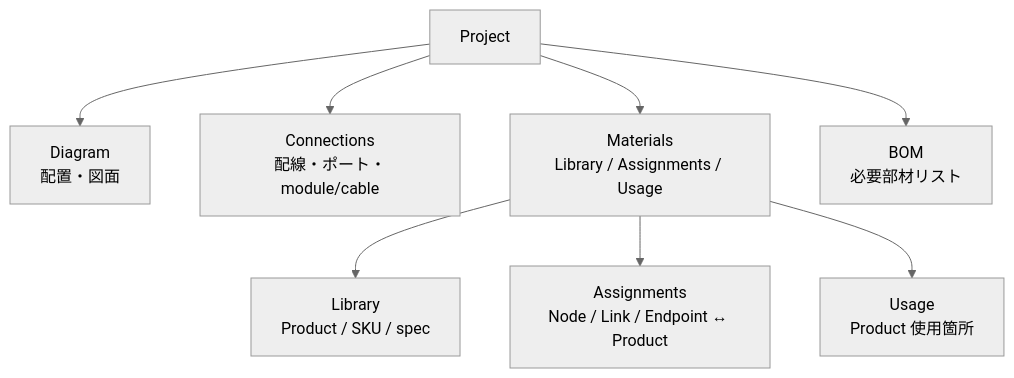
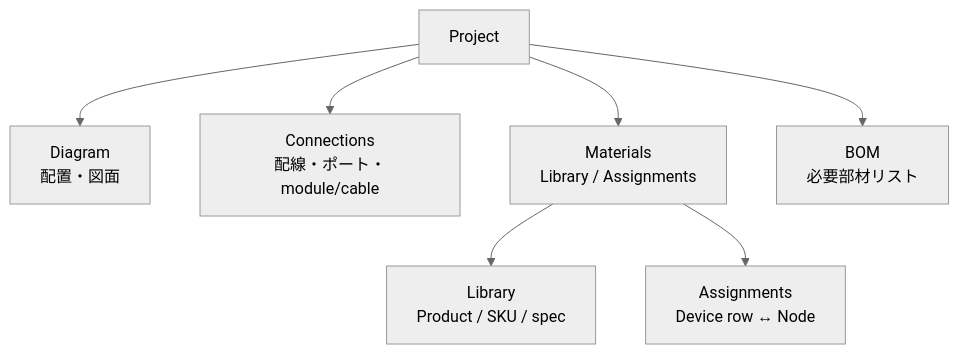
One commit to konoe-akitoshi/shumoku changed the sixth of 11 diagrams in apps/editor/docs/project-workflow-model.md. Above: the diagram before and after it, drawn with Mermaid (neutral theme). The commit also changed other lines of this file and 1 other file, not shown here.

Commit message:
feat(editor): focus materials assignments on devices

````diff
--- a/apps/editor/docs/project-workflow-model.md
+++ b/apps/editor/docs/project-workflow-model.md
@@ -156,19 +155,17 @@
 ```mermaid
 flowchart TB
   Project[Project]
   Diagram[Diagram<br/>配置・図面]
   Connections[Connections<br/>配線・ポート・module/cable]
-  Materials[Materials<br/>Library / Assignments / Usage]
+  Materials[Materials<br/>Library / Assignments]
   Library[Library<br/>Product / SKU / spec]
-  Assignments[Assignments<br/>Node / Link / Endpoint ↔ Product]
-  Usage[Usage<br/>Product 使用箇所]
+  Assignments[Assignments<br/>Device row ↔ Node]
   BOM[BOM<br/>必要部材リスト]
 
   Project --> Diagram
   Project --> Connections
   Project --> Materials
   Project --> BOM
   Materials --> Library
   Materials --> Assignments
-  Materials --> Usage
 ```
````
